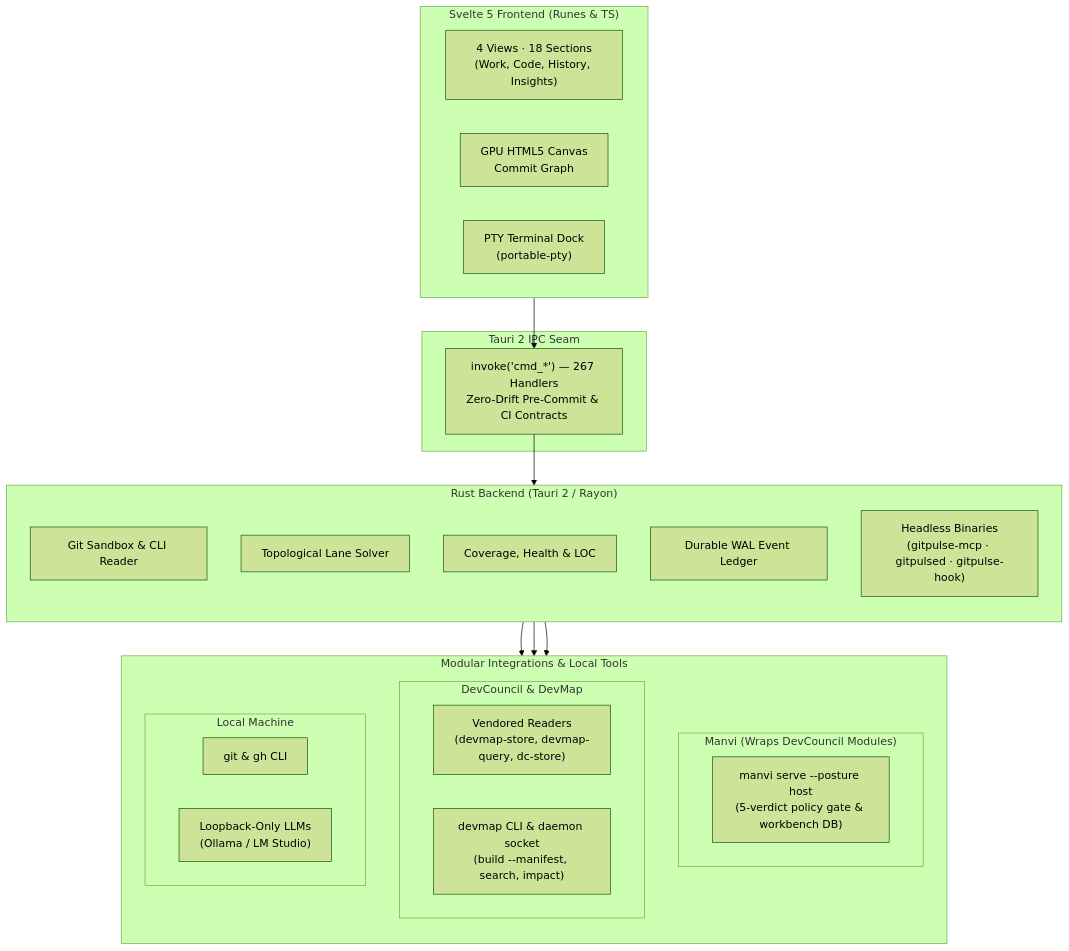
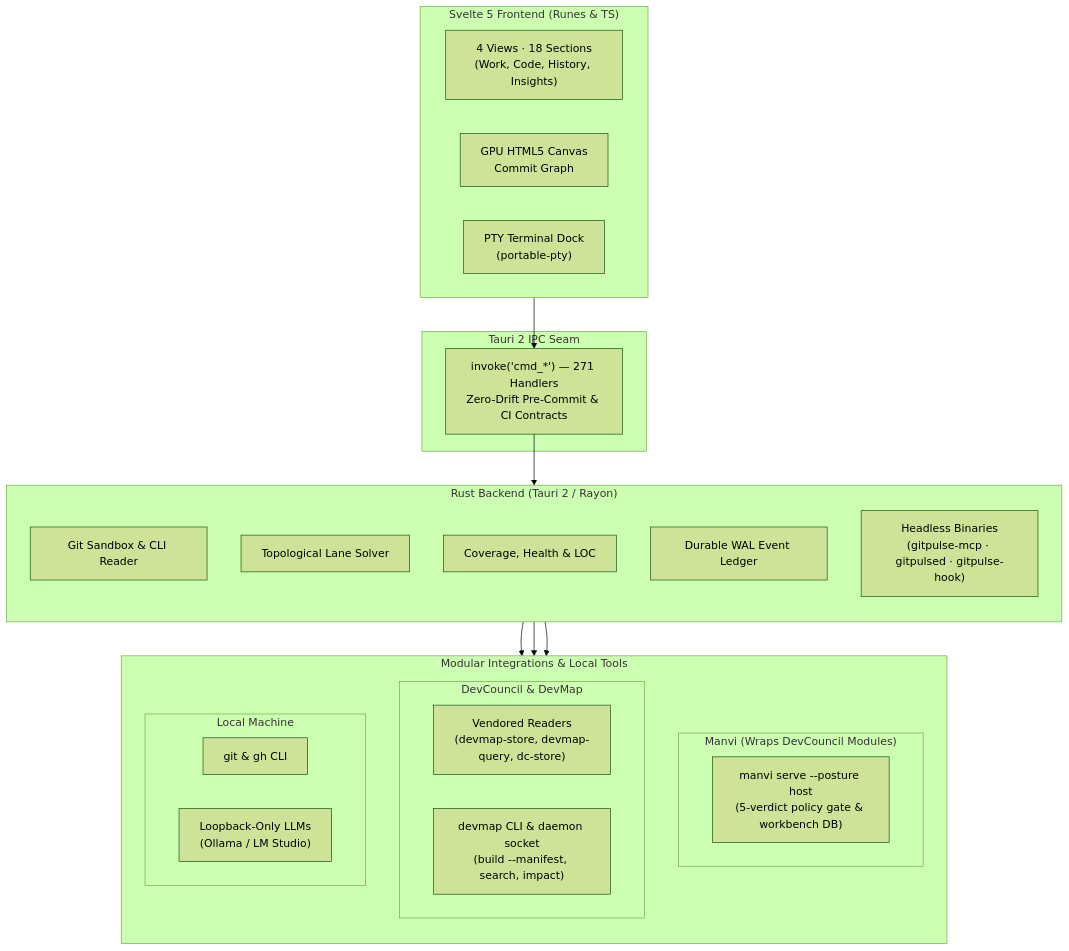
Before and after one commit to bharathvbcr/GitPulse: the diagram in README.md, drawn with Mermaid (forest theme). The commit also changed 25 other files, not shown here.

````diff
--- a/README.md
+++ b/README.md
@@ -123,43 +123,43 @@
 ```mermaid
 flowchart TB
     subgraph Frontend["Svelte 5 Frontend (Runes & TS)"]
         direction LR
         Views["4 Views · 18 Sections<br/>(Work, Code, History, Insights)"]
         Canvas["GPU HTML5 Canvas<br/>Commit Graph"]
         TerminalDock["PTY Terminal Dock<br/>(portable-pty)"]
     end
 
     subgraph IPC["Tauri 2 IPC Seam"]
-        Bridge["invoke('cmd_*') — 267 Handlers<br/>Zero-Drift Pre-Commit & CI Contracts"]
+        Bridge["invoke('cmd_*') — 271 Handlers<br/>Zero-Drift Pre-Commit & CI Contracts"]
     end
 
     subgraph Backend["Rust Backend (Tauri 2 / Rayon)"]
         direction TB
         GitEngine["Git Sandbox & CLI Reader"]
         LaneSolver["Topological Lane Solver"]
         Analyzers["Coverage, Health & LOC"]
         Ledger["Durable WAL Event Ledger"]
         Headless["Headless Binaries<br/>(gitpulse-mcp · gitpulsed · gitpulse-hook)"]
     end
 
     subgraph Integrations["Modular Integrations & Local Tools"]
         direction TB
         subgraph ManviWrap["Manvi (Wraps DevCouncil Modules)"]
             ManviSidecar["manvi serve --posture host<br/>(5-verdict policy gate & workbench DB)"]
         end
         subgraph DevCouncilMods["DevCouncil & DevMap"]
             Vendored["Vendored Readers<br/>(devmap-store, devmap-query, dc-store)"]
             DevMapCLI["devmap CLI & daemon socket<br/>(build --manifest, search, impact)"]
         end
         subgraph LocalTools["Local Machine"]
             CLI["git & gh CLI"]
             LocalLLM["Loopback-Only LLMs<br/>(Ollama / LM Studio)"]
         end
     end
 
     Frontend --> Bridge
     Bridge --> Backend
     Backend --> ManviWrap
     Backend --> DevCouncilMods
     Backend --> LocalTools
 ```
````
